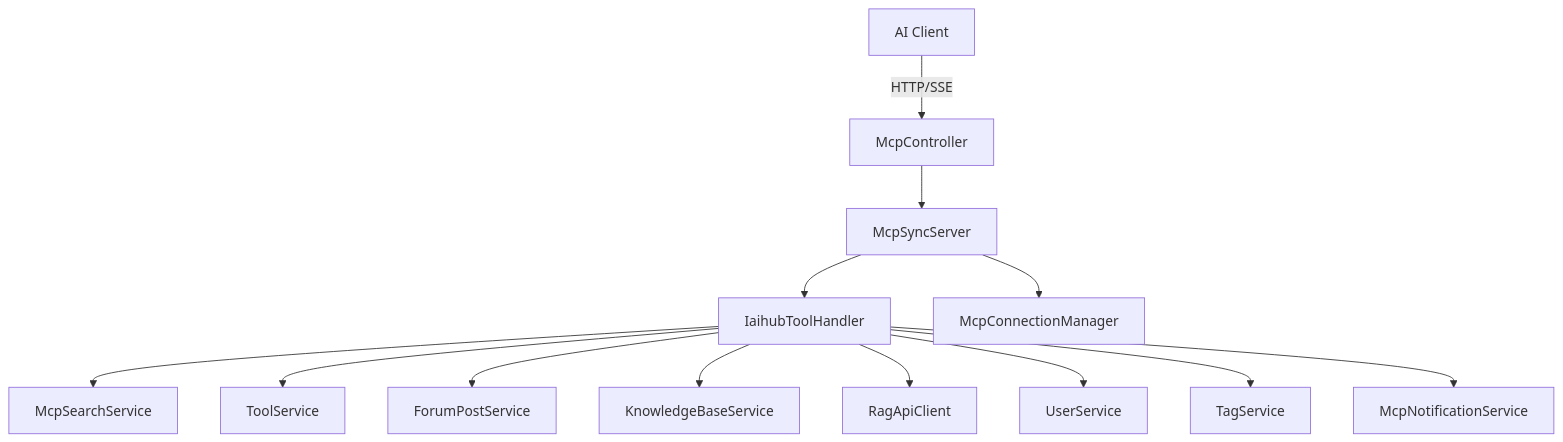
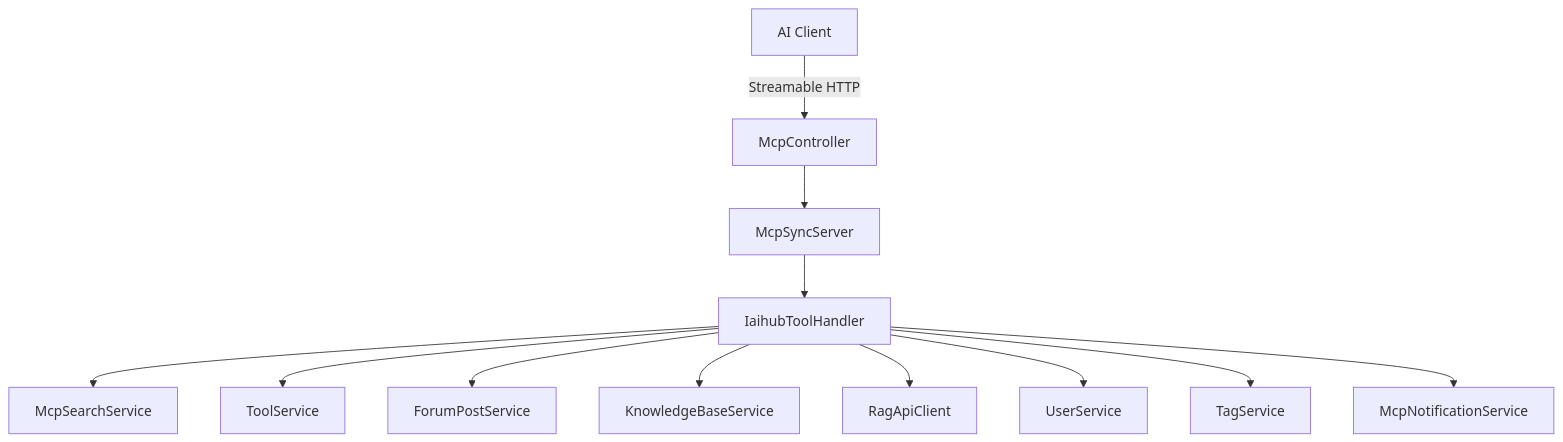
One commit to mambo-wang/CodingHub changed the diagram in repowiki/wiki/modules/backend-mcp.md. Above: the diagram before and after it, drawn with Mermaid. The commit also changed other lines of this file and 87 other files, not shown here.

Commit message:
feat:增加插件市场特性&移除SSE MCP Server

````diff
--- a/repowiki/wiki/modules/backend-mcp.md
+++ b/repowiki/wiki/modules/backend-mcp.md
@@ -27,15 +26,14 @@
 ```mermaid
 graph TD
-    Client[AI Client] -->|HTTP/SSE| McpController[McpController]
+    Client[AI Client] -->|Streamable HTTP| McpController[McpController]
     McpController --> McpServer[McpSyncServer]
     McpServer --> Handler[IaihubToolHandler]
     Handler --> Search[McpSearchService]
     Handler --> Tool[ToolService]
     Handler --> Post[ForumPostService]
     Handler --> KB[KnowledgeBaseService]
     Handler --> Rag[RagApiClient]
     Handler --> User[UserService]
     Handler --> Tag[TagService]
     Handler --> Notify[McpNotificationService]
-    McpServer --> ConnMgr[McpConnectionManager]
 ```
````
